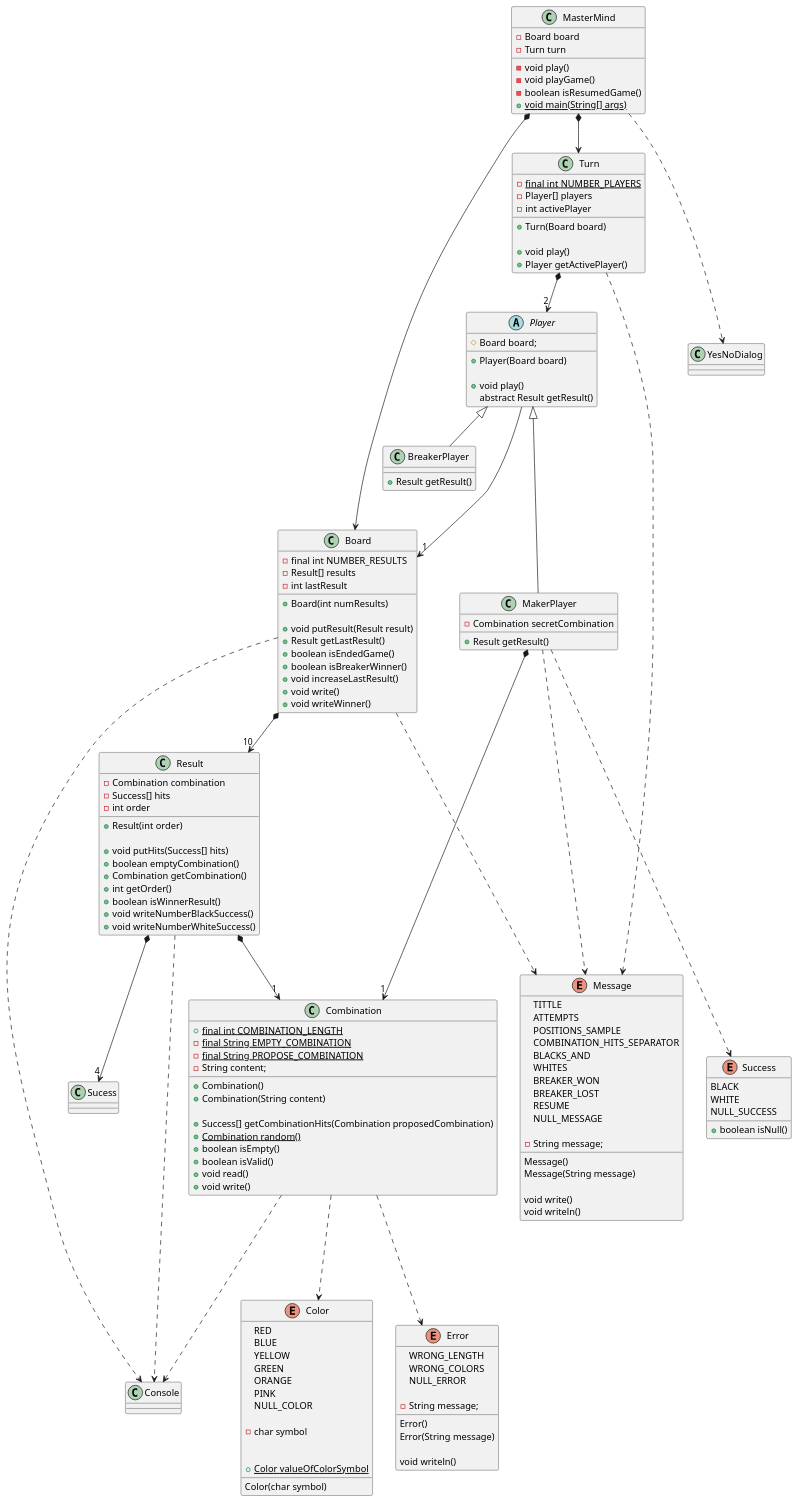
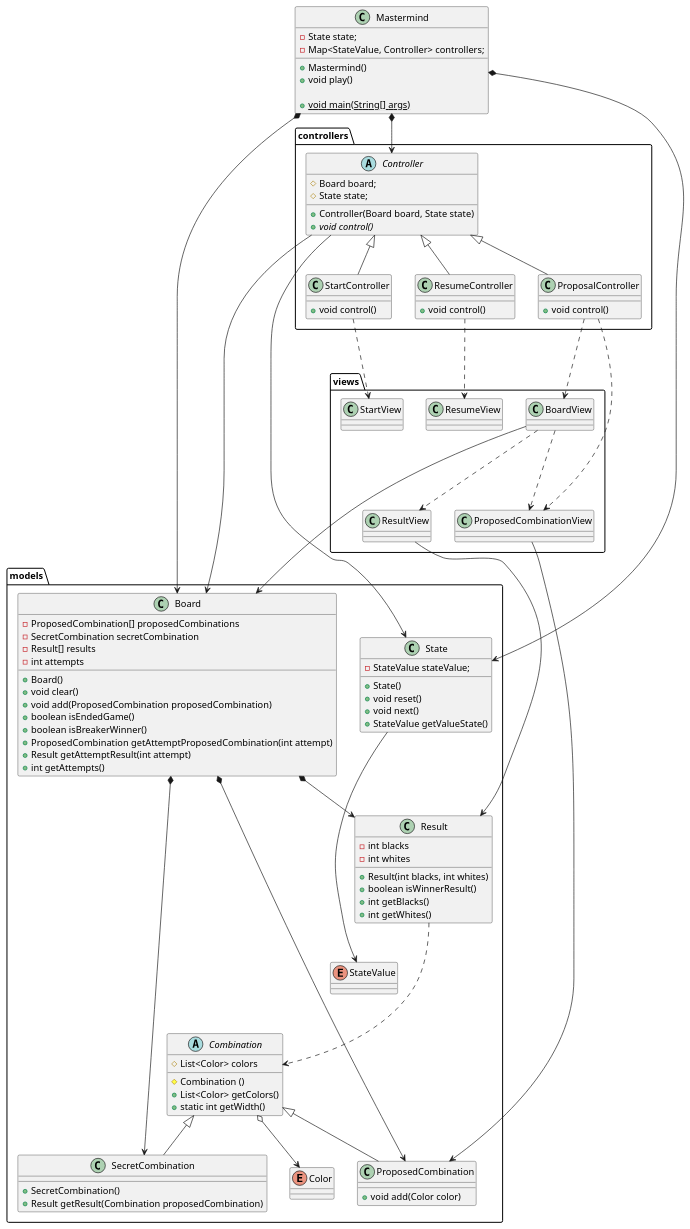
One commit to atuncontomate/mastercloudapps-mastermind changed the diagram in domain-model.puml. Above: the diagram before and after it, drawn with PlantUML.

```diff
--- a/domain-model.puml
+++ b/domain-model.puml
@@ -1,175 +1,126 @@
 @startuml
-class MasterMind {
-    - Board board
-    - Turn turn
+class Mastermind {
+    - State state;
+    - Map<StateValue, Controller> controllers;
 
-    - void play()
-    - void playGame()
-    - boolean isResumedGame()
+    + Mastermind()
+    + void play()
+
     + {static} void main(String[] args)
 }
 
-class Board {
-    - final int NUMBER_RESULTS
-    - Result[] results
-    - int lastResult
+package controllers {
 
-    + Board(int numResults)
+    abstract class Controller {
+        # Board board;
+        # State state;
 
-    + void putResult(Result result)
-    + Result getLastResult()
-    + boolean isEndedGame()
-    + boolean isBreakerWinner()
-    + void increaseLastResult()
-    + void write()
-    + void writeWinner()
+        + Controller(Board board, State state)
+        + {abstract} void control()
+    }
+
+    class StartController extends Controller{
+        + void control()
+    }
+
+    class ProposalController extends Controller{
+        + void control()
+    }
+
+    class ResumeController extends Controller{
+        + void control()
+    }
 }
 
-class Turn {
-    - {static} final int NUMBER_PLAYERS
-    - Player[] players
-    - int activePlayer
-
-    + Turn(Board board)
-
-    + void play()
-    + Player getActivePlayer()
+package views {
+    class StartView
+    class BoardView
+    class ResumeView
+    class ProposedCombinationView
+    class ResultView
 }
 
-class Result {
-    - Combination combination
-    - Success[] hits
-    - int order
+package models {
 
-    + Result(int order)
+    class Board {
+        - ProposedCombination[] proposedCombinations
+        - SecretCombination secretCombination
+        - Result[] results
+        - int attempts
 
-    + void putHits(Success[] hits)
-    + boolean emptyCombination()
-    + Combination getCombination()
-    + int getOrder()
-    + boolean isWinnerResult()
-    + void writeNumberBlackSuccess()
-    + void writeNumberWhiteSuccess()
+        + Board()
+        + void clear()
+        + void add(ProposedCombination proposedCombination)
+        + boolean isEndedGame()
+        + boolean isBreakerWinner()
+        + ProposedCombination getAttemptProposedCombination(int attempt)
+        + Result getAttemptResult(int attempt)
+        + int getAttempts()
+    }
+
+    abstract class Combination {
+        # List<Color> colors
+        # Combination ()
+        + List<Color> getColors()
+        + static int getWidth()
+    }
+
+    class ProposedCombination extends Combination {
+        + void add(Color color)
+    }
+
+    class SecretCombination extends Combination {
+        + SecretCombination()
+        + Result getResult(Combination proposedCombination)
+    }
+
+    class Result {
+        - int blacks
+        - int whites
+        + Result(int blacks, int whites)
+        + boolean isWinnerResult()
+        + int getBlacks()
+        + int getWhites()
+    }
+
+    class State {
+        - StateValue stateValue;
+        + State()
+        + void reset()
+        + void next()
+        + StateValue getValueState()
+    }
+
+    enum Color
+    enum StateValue
+
+    Board *--> ProposedCombination
+    Board *--> SecretCombination
+    Board *--> Result
+
+    Result ...> Combination
+
+    Combination o--> Color
+    State ---> StateValue
 }
 
+Mastermind *--> Board
+Mastermind *--> State
+Mastermind *--> Controller
 
-abstract class Player {
-    # Board board;
+Controller ---> Board
+Controller ---> State
 
-    + Player(Board board)
+StartController ...> StartView
+ProposalController ...> BoardView
+ProposalController ...> ProposedCombinationView
+ResumeController ...> ResumeView
 
-    + void play()
-    abstract Result getResult()
-}
+BoardView ---> Board
+BoardView ...> ProposedCombinationView
+BoardView ...> ResultView
 
-class BreakerPlayer extends Player{
-    + Result getResult()
-}
-
-class MakerPlayer extends Player{
-    - Combination secretCombination
-    + Result getResult()
-}
-
-class Combination {
-    + {static} final int COMBINATION_LENGTH
-    - {static} final String EMPTY_COMBINATION
-    - {static} final String PROPOSE_COMBINATION
-    - String content;
-
-    + Combination()
-    + Combination(String content)
-
-    + Success[] getCombinationHits(Combination proposedCombination)
-    + {static} Combination random()
-    + boolean isEmpty()
-    + boolean isValid()
-    + void read()
-    + void write()
-}
-
-enum Success {
-	BLACK
-	WHITE
-	NULL_SUCCESS
-
-	+ boolean isNull()
-}
-enum Color {
-	RED
-	BLUE
-	YELLOW
-	GREEN
-	ORANGE
-	PINK
-	NULL_COLOR
-
-	- char symbol
-
-	Color(char symbol)
-
-	+ {static} Color valueOfColorSymbol
-}
-
-enum Error {
-	WRONG_LENGTH
-	WRONG_COLORS
-	NULL_ERROR
-
-	- String message;
-
-	Error()
-	Error(String message)
-
-	void writeln()
-}
-
-enum Message {
-    TITTLE
-    ATTEMPTS
-    POSITIONS_SAMPLE
-    COMBINATION_HITS_SEPARATOR
-    BLACKS_AND
-    WHITES
-    BREAKER_WON
-    BREAKER_LOST
-    RESUME
-    NULL_MESSAGE
-
-    - String message;
-
-    Message()
-    Message(String message)
-
-    void write()
-    void writeln()
-}
-
-class Console
-class YesNoDialog
-
-MasterMind *--> Board
-MasterMind *--> Turn
-MasterMind ...> YesNoDialog
-MakerPlayer ...> Message
-
-Board *--> "10" Result
-Board ...> Console
-Board ...> Message
-
-Turn *--> "2" Player
-Turn ...> Message
-
-Result *--> "1" Combination
-Result *--> "4" Sucess
-Result ...> Console
-
-Player ---> "1" Board
-MakerPlayer *--> "1" Combination
-MakerPlayer ...> Success
-
-Combination ...> Console
-Combination ...> Color
-Combination ...> Error
+ProposedCombinationView ---> ProposedCombination
+ResultView ---> Result
 
 @enduml
```
